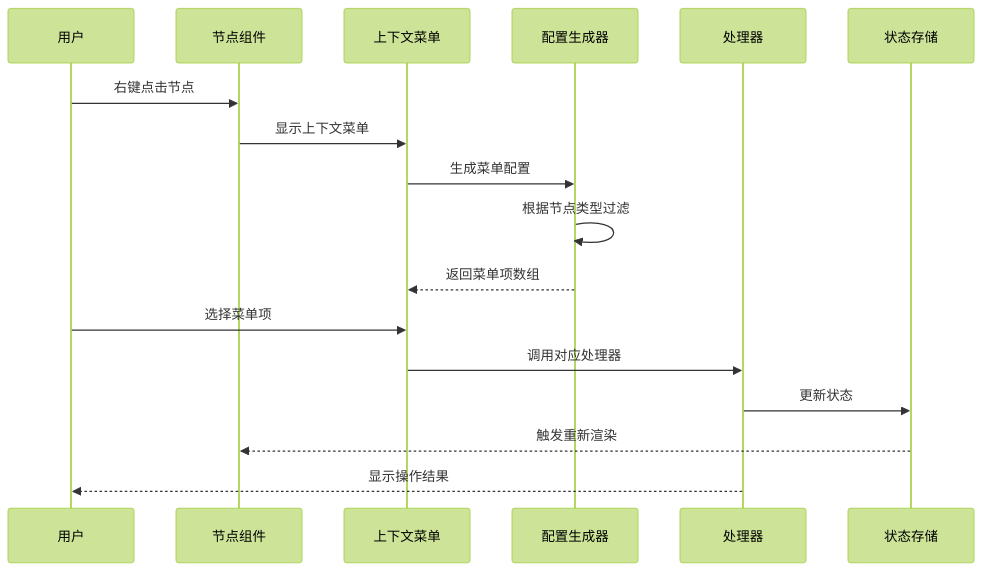
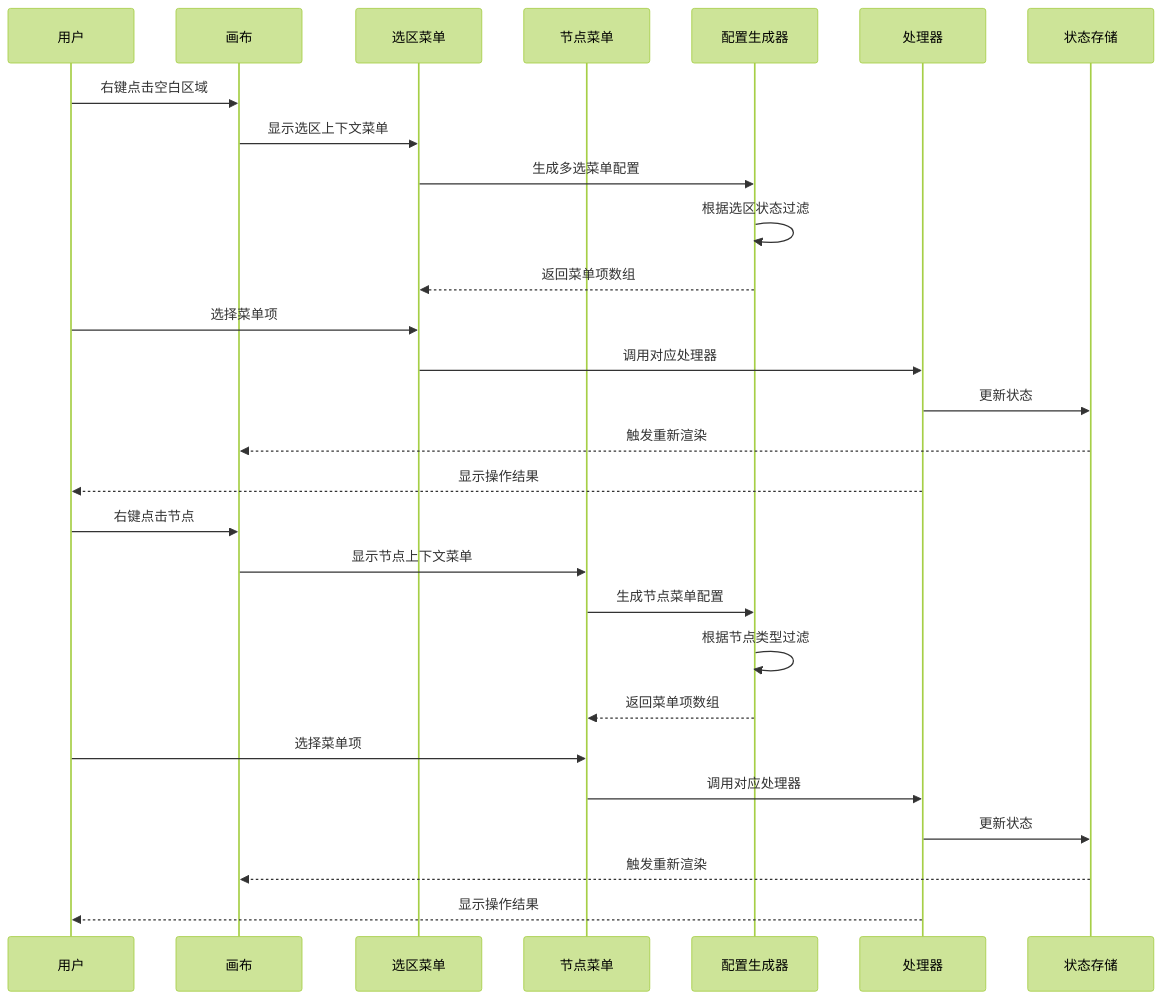
The fourth of 10 diagrams in .qoder/repowiki/zh/content/Node Context Menu.md (kqcoxn/MaaPipelineEditor), drawn with Mermaid (forest theme) before and after one commit. The commit also changed other lines of this file and 22 other files, not shown here.

````diff
--- a/.qoder/repowiki/zh/content/Node Context Menu.md
+++ b/.qoder/repowiki/zh/content/Node Context Menu.md
@@ -141,19 +208,30 @@
 ```mermaid
 sequenceDiagram
 participant User as 用户
-participant Node as 节点组件
-participant Menu as 上下文菜单
+participant Canvas as 画布
+participant SelectionMenu as 选区菜单
+participant NodeMenu as 节点菜单
 participant Config as 配置生成器
 participant Handler as 处理器
 participant Store as 状态存储
-User->>Node : 右键点击节点
-Node->>Menu : 显示上下文菜单
-Menu->>Config : 生成菜单配置
+User->>Canvas : 右键点击空白区域
+Canvas->>SelectionMenu : 显示选区上下文菜单
+SelectionMenu->>Config : 生成多选菜单配置
+Config->>Config : 根据选区状态过滤
+Config-->>SelectionMenu : 返回菜单项数组
+User->>SelectionMenu : 选择菜单项
+SelectionMenu->>Handler : 调用对应处理器
+Handler->>Store : 更新状态
+Store-->>Canvas : 触发重新渲染
+Handler-->>User : 显示操作结果
+User->>Canvas : 右键点击节点
+Canvas->>NodeMenu : 显示节点上下文菜单
+NodeMenu->>Config : 生成节点菜单配置
 Config->>Config : 根据节点类型过滤
-Config-->>Menu : 返回菜单项数组
-User->>Menu : 选择菜单项
-Menu->>Handler : 调用对应处理器
+Config-->>NodeMenu : 返回菜单项数组
+User->>NodeMenu : 选择菜单项
+NodeMenu->>Handler : 调用对应处理器
 Handler->>Store : 更新状态
-Store-->>Node : 触发重新渲染
+Store-->>Canvas : 触发重新渲染
 Handler-->>User : 显示操作结果
 ```
````
